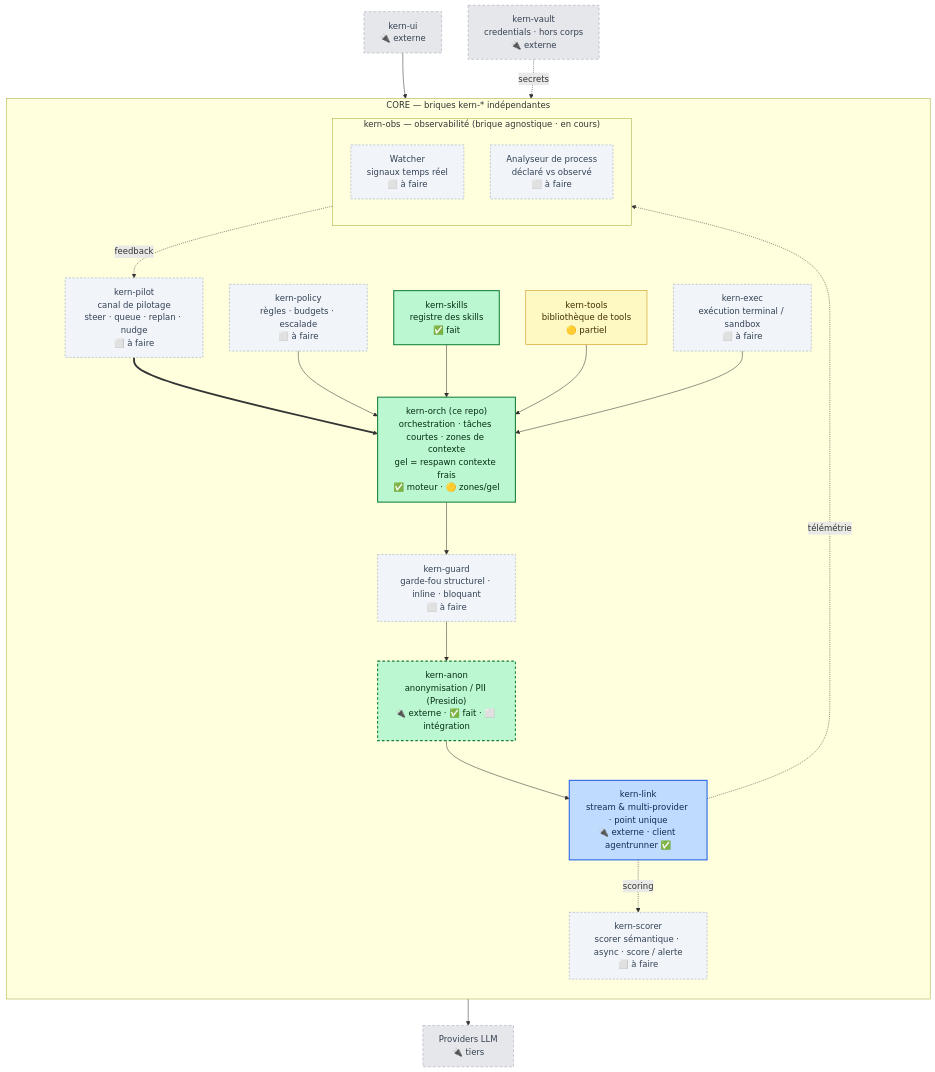
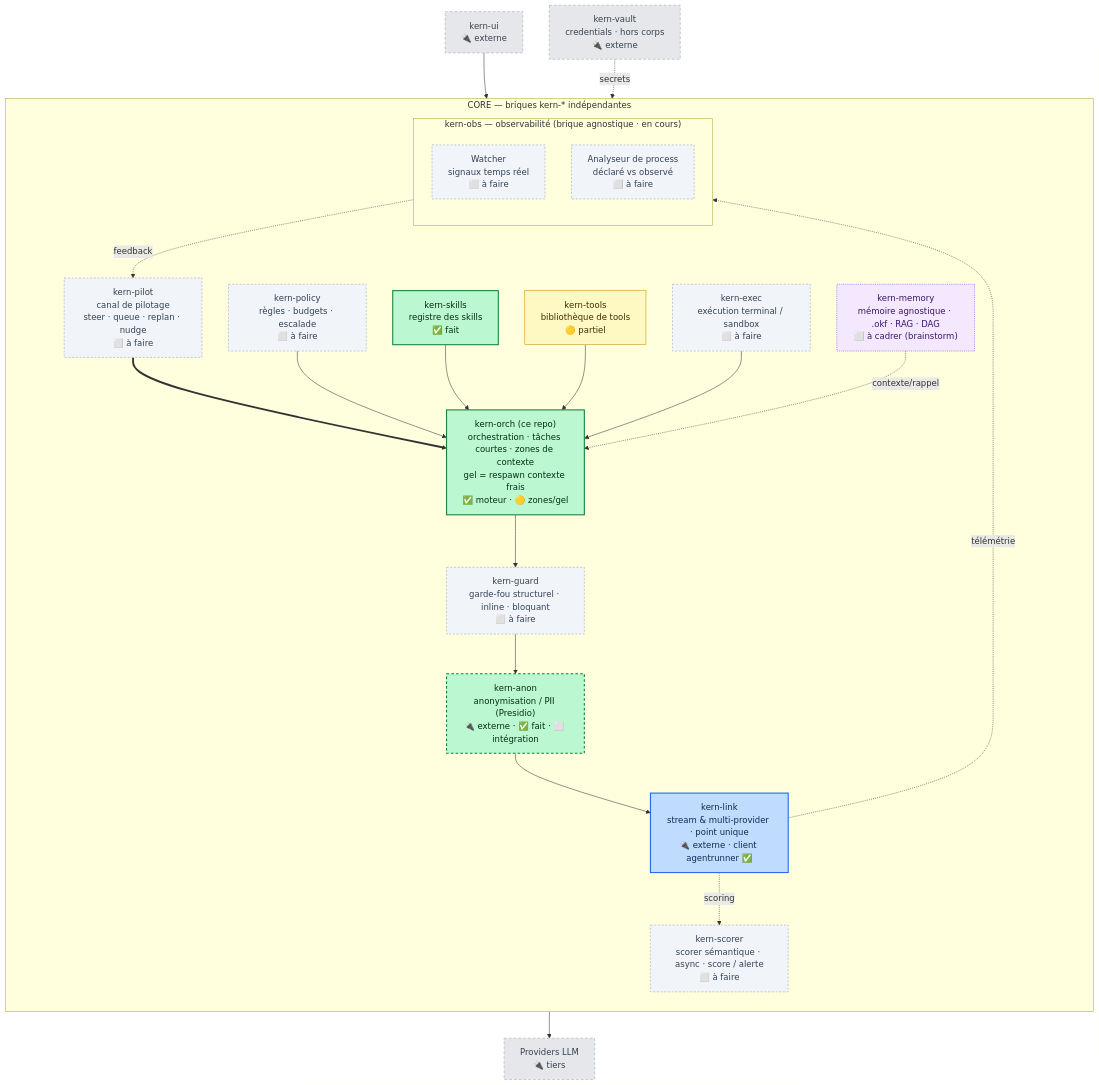
One commit to kern-ia/Kern-Orch changed the diagram in ROADMAP.md. Above: the diagram before and after it, drawn with Mermaid. The commit also changed other lines of this file, not shown here.

First line of the commit message:
docs(roadmap): ajoute kern-memory (mémoire agnostique) comme brique à cadrer

````diff
--- a/ROADMAP.md
+++ b/ROADMAP.md
@@ -47,46 +48,49 @@
 ```mermaid
 flowchart TB
   UI["kern-ui<br/>🔌 externe"]:::ext
 
   subgraph CORE["CORE — briques kern-* indépendantes"]
     direction TB
     PILOT["kern-pilot<br/>canal de pilotage<br/>steer · queue · replan · nudge<br/>⬜ à faire"]:::todo
     ORCH["kern-orch (ce repo)<br/>orchestration · tâches courtes · zones de contexte<br/>gel = respawn contexte frais<br/>✅ moteur · 🟡 zones/gel"]:::done
     SKILLS["kern-skills<br/>registre des skills<br/>✅ fait"]:::done
     TOOLS["kern-tools<br/>bibliothèque de tools<br/>🟡 partiel"]:::partial
+    MEM["kern-memory<br/>mémoire agnostique · .okf · RAG · DAG<br/>⬜ à cadrer (brainstorm)"]:::brainstorm
     EXEC["kern-exec<br/>exécution terminal / sandbox<br/>⬜ à faire"]:::todo
     POL["kern-policy<br/>règles · budgets · escalade<br/>⬜ à faire"]:::todo
     GUARD["kern-guard<br/>garde-fou structurel · inline · bloquant<br/>⬜ à faire"]:::todo
     PII["kern-anon<br/>anonymisation / PII (Presidio)<br/>🔌 externe · ✅ fait · ⬜ intégration"]:::extdone
     LINK["kern-link<br/>stream &amp; multi-provider · point unique<br/>🔌 externe · client agentrunner ✅"]:::link
     SCORER["kern-scorer<br/>scorer sémantique · async · score / alerte<br/>⬜ à faire"]:::todo
 
     subgraph OBS["kern-obs — observabilité (brique agnostique · en cours)"]
       direction TB
       WATCH["Watcher<br/>signaux temps réel<br/>⬜ à faire"]:::todo
       ANA["Analyseur de process<br/>déclaré vs observé<br/>⬜ à faire"]:::todo
     end
   end
 
   VAULT["kern-vault<br/>credentials · hors corps<br/>🔌 externe"]:::ext
   PROV["Providers LLM<br/>🔌 tiers"]:::ext
 
   UI --> PILOT
   PILOT ==> ORCH
   POL --> ORCH
   SKILLS --> ORCH
   TOOLS --> ORCH
   EXEC --> ORCH
+  MEM -. contexte/rappel .-> ORCH
   ORCH --> GUARD --> PII --> LINK --> PROV
   OBS -. feedback .-> PILOT
   LINK -. télémétrie .-> OBS
   LINK -. scoring .-> SCORER
   VAULT -. secrets .-> LINK
 
   classDef done fill:#bbf7d0,stroke:#15803d,color:#052e16,stroke-width:2px;
   classDef partial fill:#fef9c3,stroke:#ca8a04,color:#3f2d02;
   classDef todo fill:#f1f5f9,stroke:#94a3b8,color:#334155,stroke-dasharray:4 3;
   classDef link fill:#bfdbfe,stroke:#2563eb,color:#0f2a52,stroke-width:2px;
+  classDef brainstorm fill:#f3e8ff,stroke:#7c3aed,color:#3b1668,stroke-dasharray:2 2;
   classDef extdone fill:#bbf7d0,stroke:#15803d,color:#052e16,stroke-width:2px,stroke-dasharray:5 4;
   classDef ext fill:#e5e7eb,stroke:#9ca3af,color:#374151,stroke-dasharray:5 4;
 ```
````
